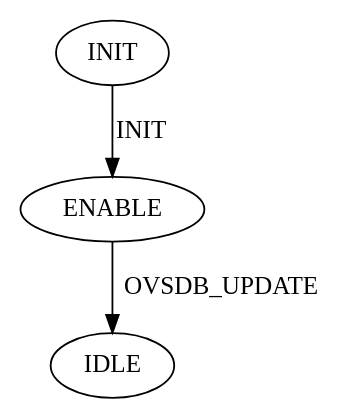
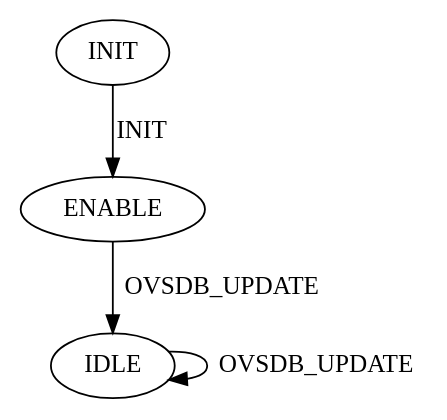
One commit to plume-design/opensync changed the diagram in src/wano/src/wanp_dhcpv6.dot. Above: the diagram before and after it, drawn with Graphviz. The commit also changed 39 other files, not shown here.

```diff
--- a/src/wano/src/wanp_dhcpv6.dot
+++ b/src/wano/src/wanp_dhcpv6.dot
@@ -1,5 +1,6 @@
 digraph {
     INIT[init=true];
     INIT -> ENABLE [label="INIT"];
     ENABLE -> IDLE [label="OVSDB_UPDATE"];
+    IDLE -> IDLE [label="OVSDB_UPDATE"];
 }
```
